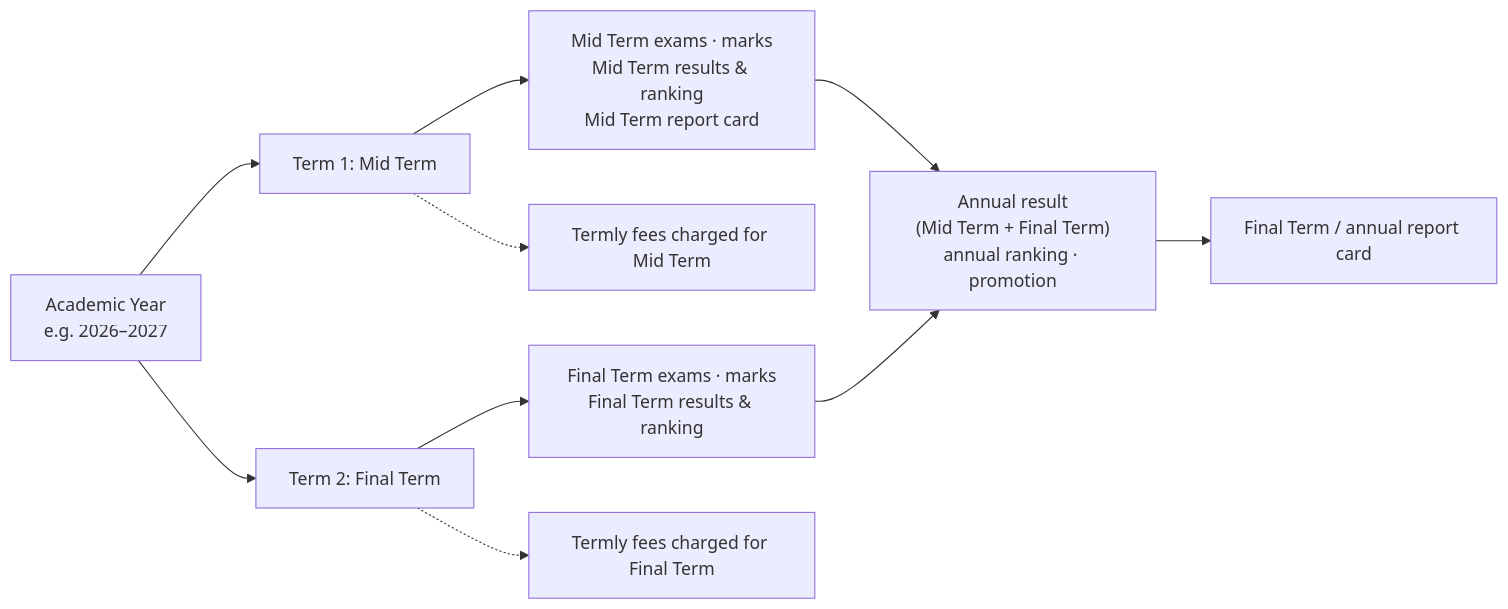
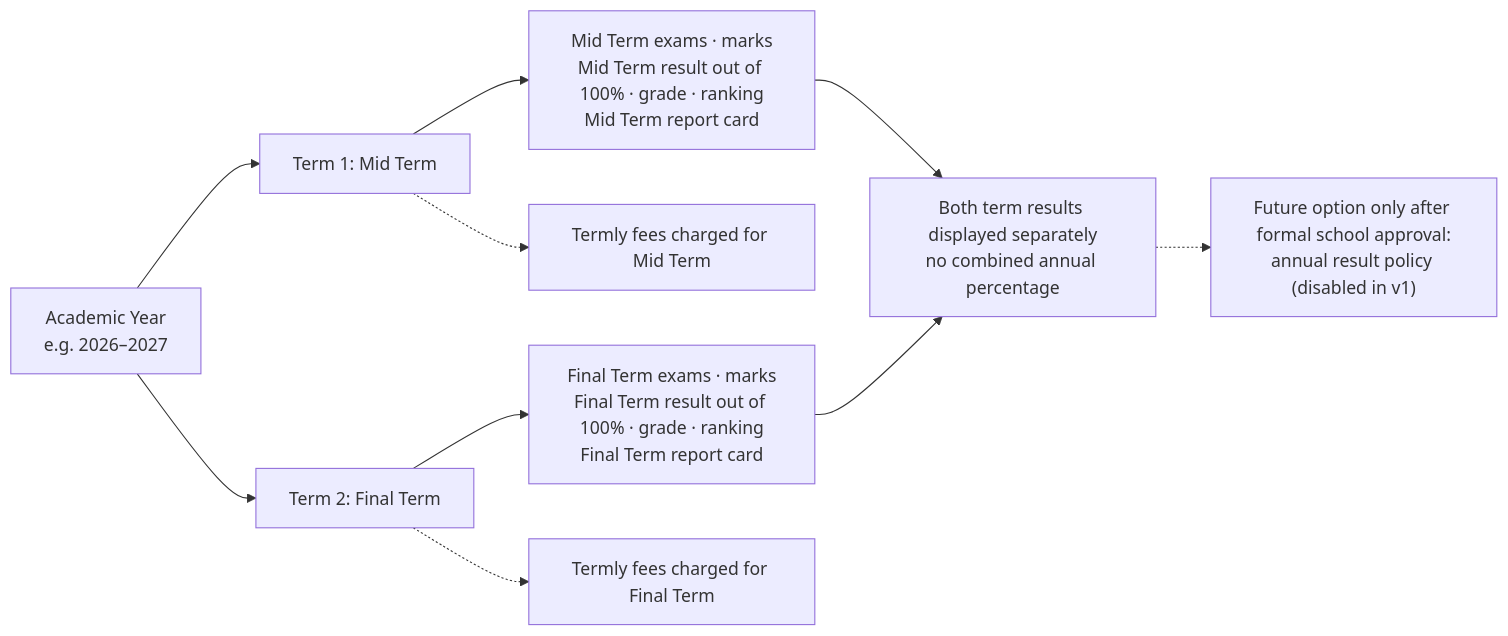
Before and after one commit to ismacil87/Gol-khatumo: the diagram in docs/phase-1/01-requirements.md, drawn with Mermaid. The commit also changed other lines of this file and 7 other files, not shown here.

First line of the commit message:
docs: apply official grading policy (independent Mid Term and Final Term results)

````diff
--- a/docs/phase-1/01-requirements.md
+++ b/docs/phase-1/01-requirements.md
@@ -57,12 +57,12 @@
 ```mermaid
 flowchart LR
   AY["Academic Year<br/>e.g. 2026–2027"] --> MT["Term 1: Mid Term"]
   AY --> FT["Term 2: Final Term"]
-  MT --> MTX["Mid Term exams · marks<br/>Mid Term results & ranking<br/>Mid Term report card"]
-  FT --> FTX["Final Term exams · marks<br/>Final Term results & ranking"]
-  MTX --> ANN["Annual result<br/>(Mid Term + Final Term)<br/>annual ranking · promotion"]
-  FTX --> ANN
-  ANN --> RC["Final Term / annual report card"]
+  MT --> MTX["Mid Term exams · marks<br/>Mid Term result out of 100% · grade · ranking<br/>Mid Term report card"]
+  FT --> FTX["Final Term exams · marks<br/>Final Term result out of 100% · grade · ranking<br/>Final Term report card"]
+  MTX --> SEP["Both term results displayed separately<br/>no combined annual percentage"]
+  FTX --> SEP
+  SEP -.-> FUT["Future option only after formal school approval:<br/>annual result policy (disabled in v1)"]
   MT -.-> FEE1["Termly fees charged for Mid Term"]
   FT -.-> FEE2["Termly fees charged for Final Term"]
 ```
````
